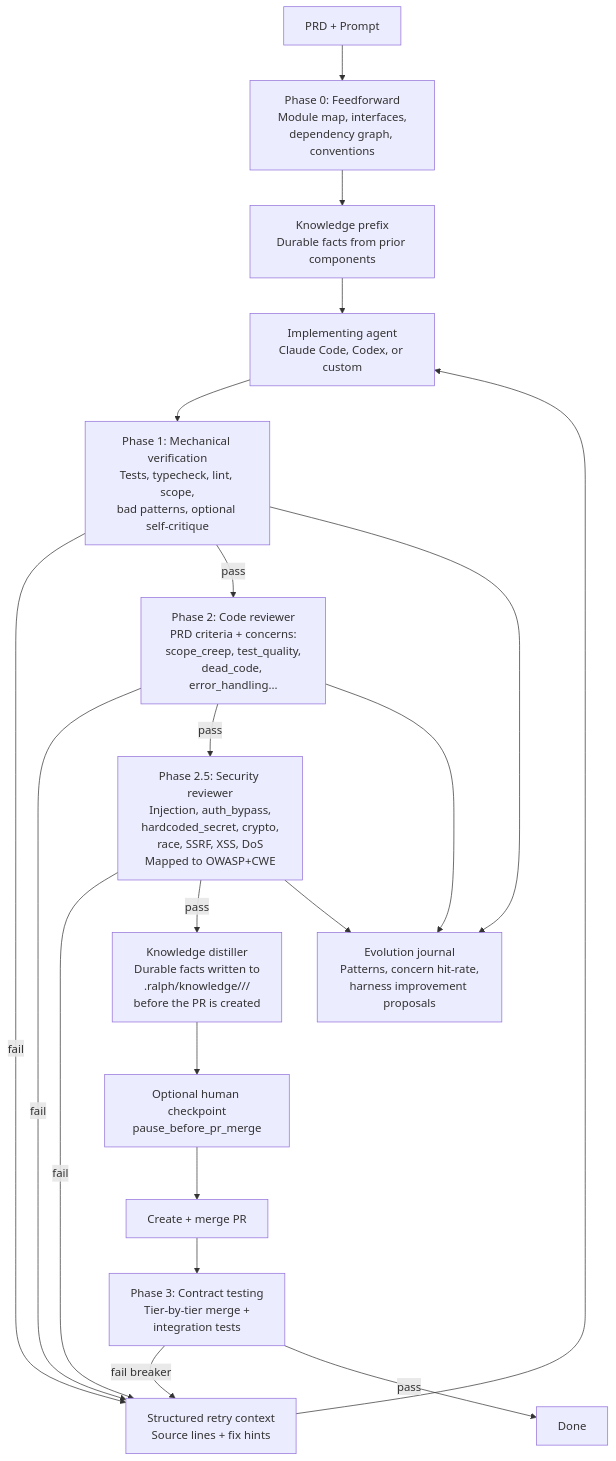
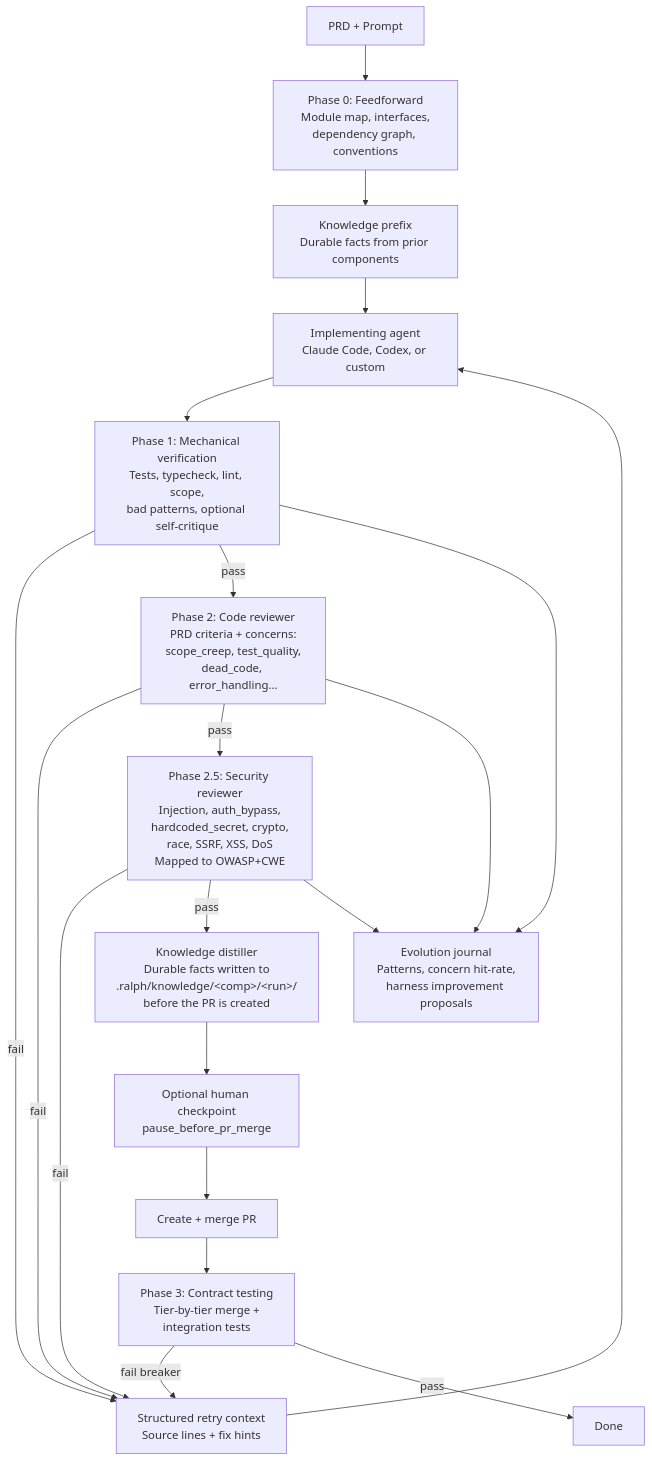
The first of 5 diagrams in README.md (0xfauzi/kstrl), drawn with Mermaid before and after one commit. The commit also changed other lines of this file and 5 other files, not shown here.

````diff
--- a/README.md
+++ b/README.md
@@ -11,22 +15,22 @@
 ```mermaid
 flowchart TD
-    PRD["PRD + Prompt"] --> FF["Phase 0: Feedforward\nModule map, interfaces,\ndependency graph, conventions"]
-    FF --> Knowledge["Knowledge prefix\nDurable facts from prior components"]
-    Knowledge --> Agent["Implementing agent\nClaude Code, Codex, or custom"]
-    Agent --> P1["Phase 1: Mechanical verification\nTests, typecheck, lint, scope,\nbad patterns, optional self-critique"]
-    P1 -->|fail| Retry["Structured retry context\nSource lines + fix hints"]
+    PRD["PRD + Prompt"] --> FF["Phase 0: Feedforward<br/>Module map, interfaces,<br/>dependency graph, conventions"]
+    FF --> Knowledge["Knowledge prefix<br/>Durable facts from prior components"]
+    Knowledge --> Agent["Implementing agent<br/>Claude Code, Codex, or custom"]
+    Agent --> P1["Phase 1: Mechanical verification<br/>Tests, typecheck, lint, scope,<br/>bad patterns, optional self-critique"]
+    P1 -->|fail| Retry["Structured retry context<br/>Source lines + fix hints"]
     Retry --> Agent
-    P1 -->|pass| P2["Phase 2: Code reviewer\nPRD criteria + concerns:\nscope_creep, test_quality,\ndead_code, error_handling..."]
+    P1 -->|pass| P2["Phase 2: Code reviewer<br/>PRD criteria + concerns:<br/>scope_creep, test_quality,<br/>dead_code, error_handling..."]
     P2 -->|fail| Retry
-    P2 -->|pass| P25["Phase 2.5: Security reviewer\nInjection, auth_bypass,\nhardcoded_secret, crypto,\nrace, SSRF, XSS, DoS\nMapped to OWASP+CWE"]
+    P2 -->|pass| P25["Phase 2.5: Security reviewer<br/>Injection, auth_bypass,<br/>hardcoded_secret, crypto,<br/>race, SSRF, XSS, DoS<br/>Mapped to OWASP+CWE"]
     P25 -->|fail| Retry
-    P25 -->|pass| Distill["Knowledge distiller\nDurable facts written to\n.ralph/knowledge/<comp>/<run>/\nbefore the PR is created"]
-    Distill --> HITL["Optional human checkpoint\npause_before_pr_merge"]
+    P25 -->|pass| Distill["Knowledge distiller<br/>Durable facts written to<br/>.ralph/knowledge/&lt;comp&gt;/&lt;run&gt;/<br/>before the PR is created"]
+    Distill --> HITL["Optional human checkpoint<br/>pause_before_pr_merge"]
     HITL --> PR["Create + merge PR"]
-    PR --> P3["Phase 3: Contract testing\nTier-by-tier merge +\nintegration tests"]
+    PR --> P3["Phase 3: Contract testing<br/>Tier-by-tier merge +<br/>integration tests"]
     P3 -->|fail breaker| Retry
     P3 -->|pass| Done["Done"]
-    P1 --> Journal["Evolution journal\nPatterns, concern hit-rate,\nharness improvement proposals"]
+    P1 --> Journal["Evolution journal<br/>Patterns, concern hit-rate,<br/>harness improvement proposals"]
     P2 --> Journal
     P25 --> Journal
 ```
````
